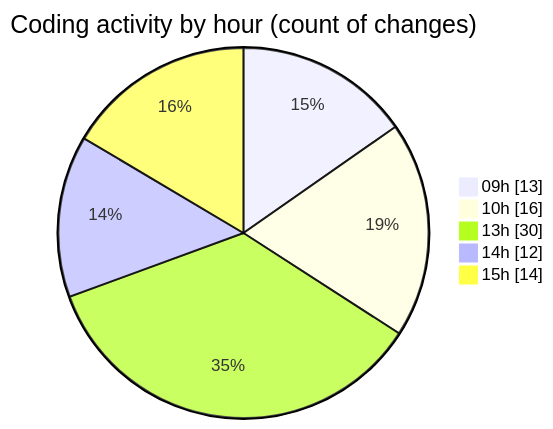
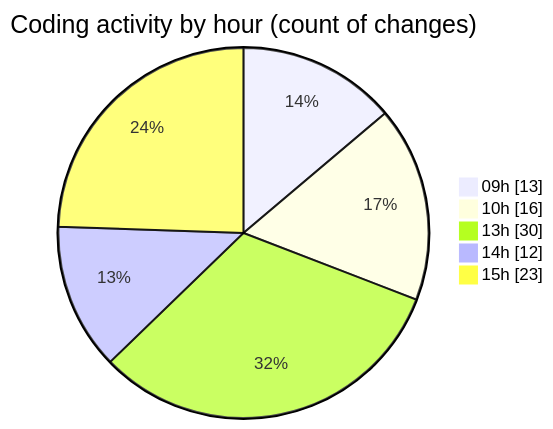
Before and after one commit to momahboobian/code-tracking: the second of 2 diagrams in 2025-03-31/cda/README.md, drawn with Mermaid. The commit also changed other lines of this file and 1 other file, not shown here.

````diff
--- a/2025-03-31/cda/README.md
+++ b/2025-03-31/cda/README.md
@@ -37,9 +37,9 @@
 ```mermaid
 pie showData
 title Coding activity by hour (count of changes)
 "09h" : 13
 "10h" : 16
 "13h" : 30
 "14h" : 12
-"15h" : 14
+"15h" : 23
 ```
````
